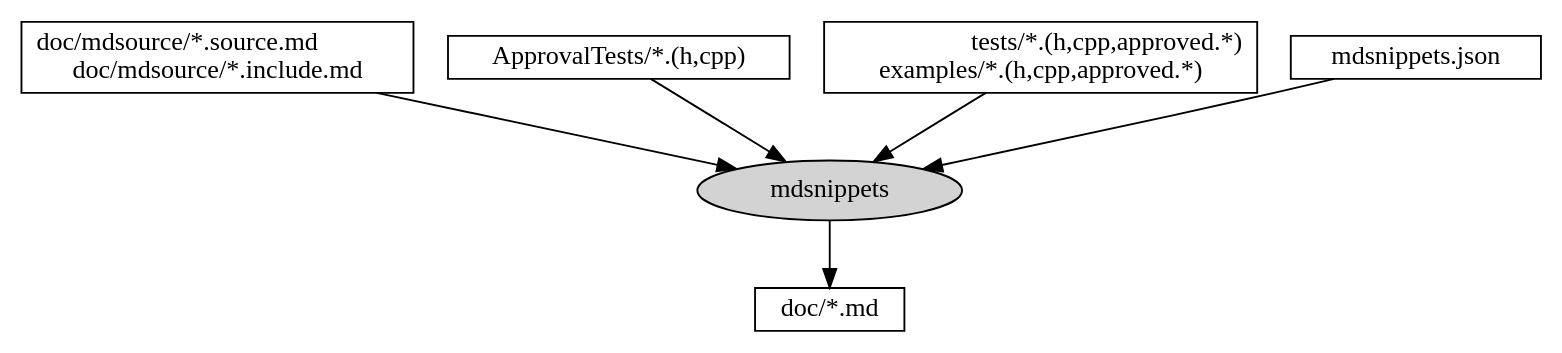
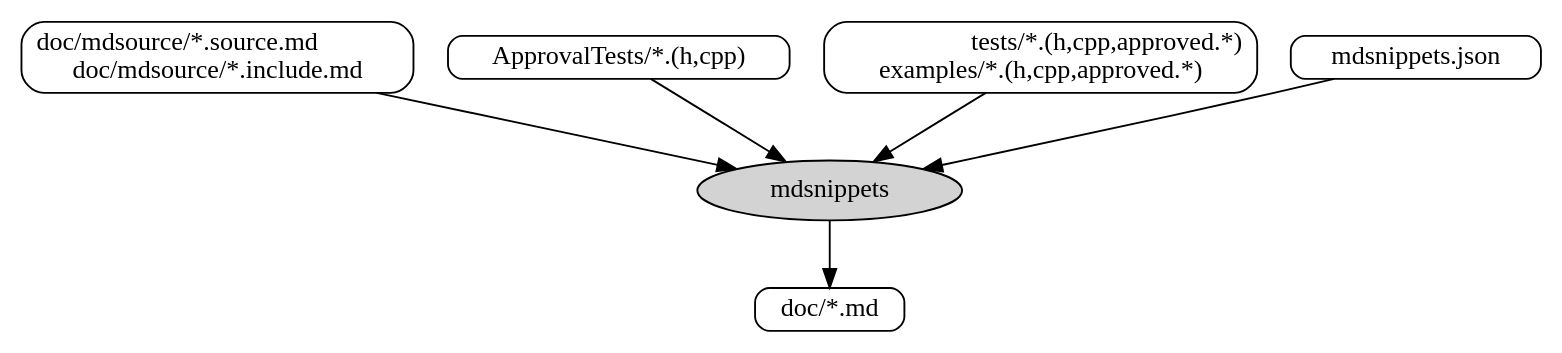
The diagram in doc/images/source/mdsnippets_flow.dot (approvals/ApprovalTests.cpp), drawn with Graphviz before and after one commit. The commit also changed 7 other files, not shown here.

```diff
--- a/doc/images/source/mdsnippets_flow.dot
+++ b/doc/images/source/mdsnippets_flow.dot
@@ -1,22 +1,22 @@
 digraph mdsnippets_flow {
     rankdir = "TB"
-    node [fontsize = 14, shape = box, height = 0.25]
+    node [fontsize = 14, shape = box, style="rounded", height = 0.25]
     edge [fontsize = 14]
 
     "mdsnippets" [shape = oval, fillcolor = lightgray, style = filled]
 
     "docs_mdsource_md" [label = "doc/mdsource/*.source.md\ldoc/mdsource/*.include.md"]
     "docs_mdsource_md" -> "mdsnippets"
 
     "ApprovalTests" [label = "ApprovalTests/*.(h,cpp)"]
     "ApprovalTests" -> "mdsnippets"
 
     "tests_source" [label = "tests/*.(h,cpp,approved.*)\rexamples/*.(h,cpp,approved.*)"]
     "tests_source" -> "mdsnippets"
 
     "mdsnippets_json" [label = "mdsnippets.json"]
     "mdsnippets_json" -> "mdsnippets"
 
     "docs_md" [label = "doc/*.md"]
     "mdsnippets" -> "docs_md"
 }
```
